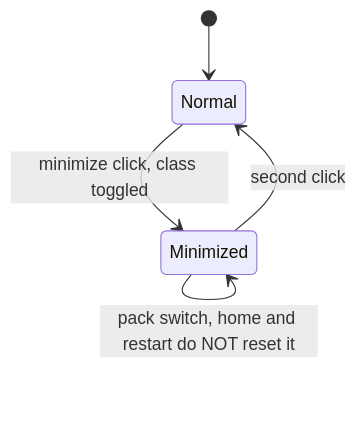
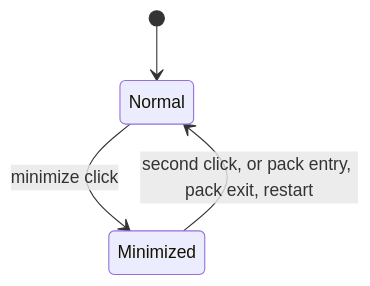
One commit to ghmer/rego-adventure changed diagram 30 of 46 in docu/state-machines.md. Above: the diagram before and after it, drawn with Mermaid. The commit also changed other lines of this file and 2 other files, not shown here.

````diff
--- a/docu/state-machines.md
+++ b/docu/state-machines.md
@@ -1028,7 +995,6 @@
 ```mermaid
 stateDiagram-v2
     [*] --> Normal
-    Normal --> Minimized : minimize click, class toggled
-    Minimized --> Normal : second click
-    Minimized --> Minimized : pack switch, home and restart do NOT reset it
+    Normal --> Minimized : minimize click
+    Minimized --> Normal : second click, or pack entry, pack exit, restart
 ```
````
